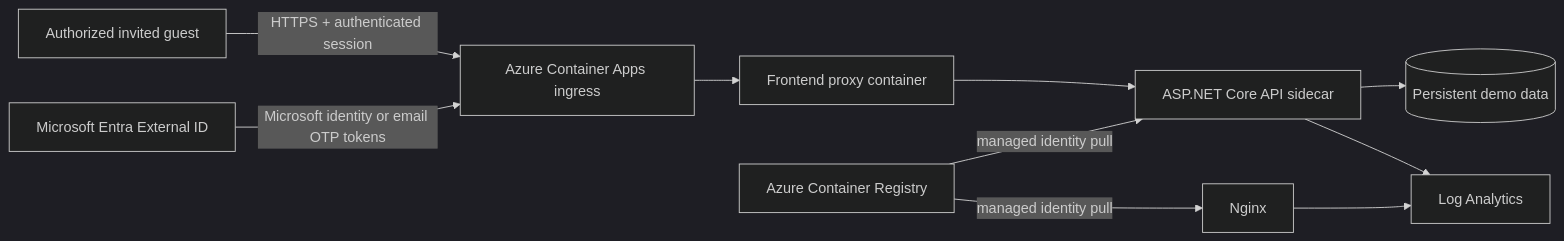
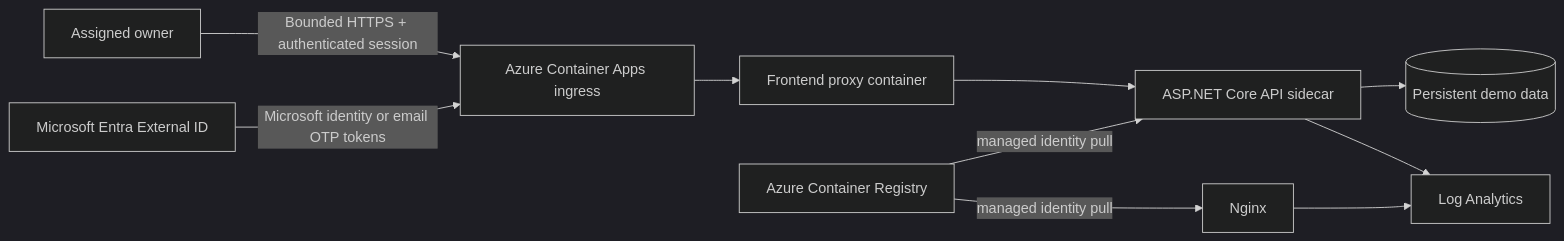
One commit to rlammers/career-assistant changed the diagram in docs/azure-architecture.md. Above: the diagram before and after it, drawn with Mermaid (dark theme). The commit also changed other lines of this file and 18 other files, not shown here.

````diff
--- a/docs/azure-architecture.md
+++ b/docs/azure-architecture.md
@@ -8,12 +9,12 @@
 ```mermaid
 flowchart LR
-    Visitor[Authorized invited guest] -->|HTTPS + authenticated session| Ingress[Azure Container Apps ingress]
+    Owner[Assigned owner] -->|Bounded HTTPS + authenticated session| Ingress[Azure Container Apps ingress]
     Entra[Microsoft Entra External ID] -->|Microsoft identity or email OTP tokens| Ingress
     Ingress --> Proxy[Frontend proxy container]
     Proxy --> Api[ASP.NET Core API sidecar]
     Api --> Store[(Persistent demo data)]
     ACR[Azure Container Registry] -->|managed identity pull| Nginx
     ACR -->|managed identity pull| Api
     Api --> Logs[Log Analytics]
     Nginx --> Logs
 ```
````
